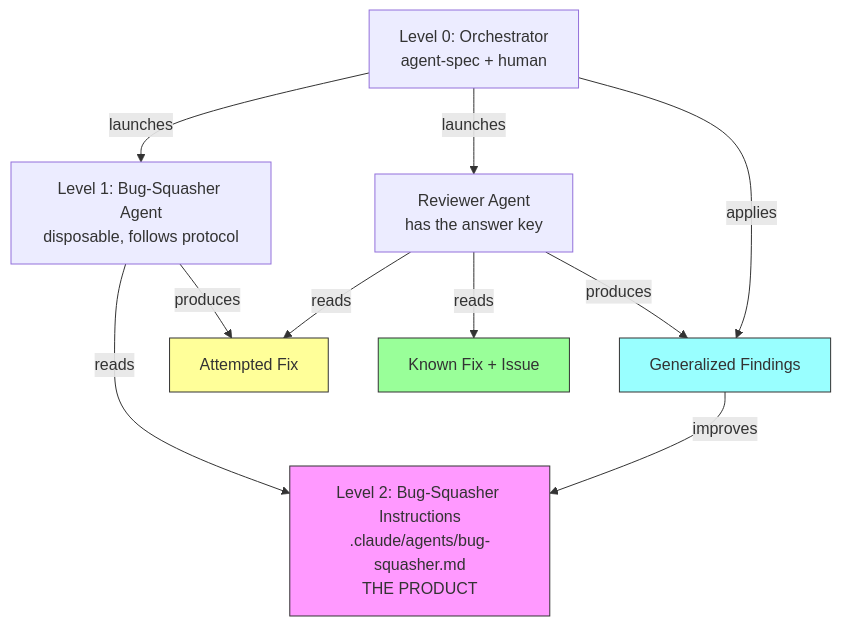
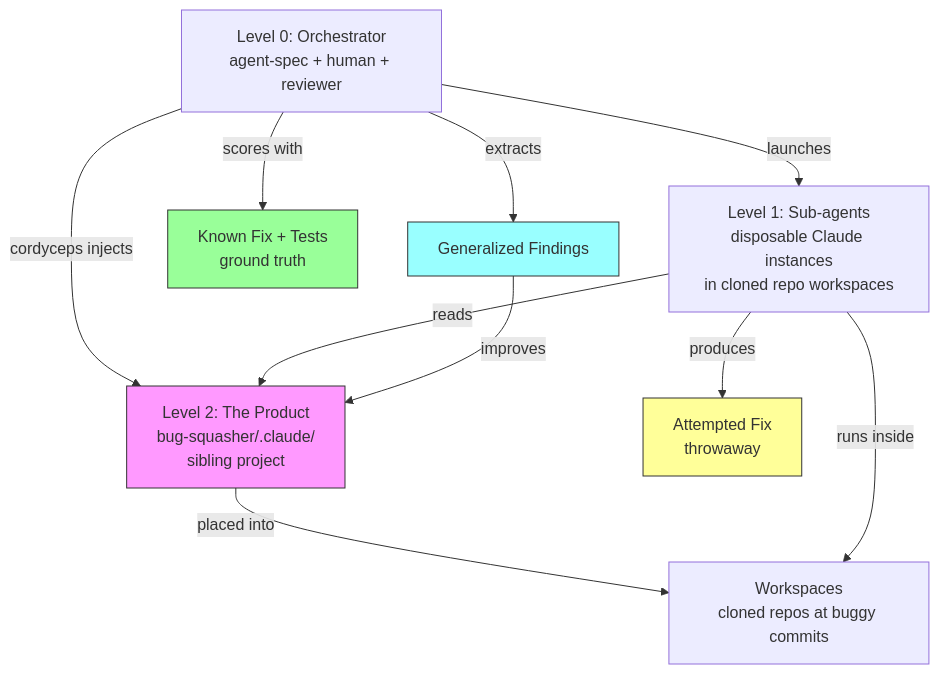
Before and after one commit to adam-s/agent-spec: the first of 5 diagrams in agent-spec/docs/bug-squashing-loop.md, drawn with Mermaid. The commit also changed other lines of this file and 5 other files, not shown here.

First line of the commit message:
Bug-squashing eval + bug-squasher sibling project

````diff
--- a/agent-spec/docs/bug-squashing-loop.md
+++ b/agent-spec/docs/bug-squashing-loop.md
@@ -11,22 +23,22 @@
 ```mermaid
 graph TD
-    L0[Level 0: Orchestrator<br/>agent-spec + human]
-    L1[Level 1: Bug-Squasher Agent<br/>disposable, follows protocol]
-    L2[Level 2: Bug-Squasher Instructions<br/>.claude/agents/bug-squasher.md<br/>THE PRODUCT]
-    REV[Reviewer Agent<br/>has the answer key]
+    L0[Level 0: Orchestrator<br/>agent-spec + human + reviewer]
+    L1[Level 1: Sub-agents<br/>disposable Claude instances<br/>in cloned repo workspaces]
+    L2[Level 2: The Product<br/>bug-squasher/.claude/<br/>sibling project]
+    WS[Workspaces<br/>cloned repos at buggy commits]
 
     L0 -->|launches| L1
-    L0 -->|launches| REV
+    L0 -->|cordyceps injects| L2
+    L2 -->|placed into| WS
+    L1 -->|runs inside| WS
     L1 -->|reads| L2
-    L1 -->|produces| FIX[Attempted Fix]
-    REV -->|reads| FIX
-    REV -->|reads| TRUTH[Known Fix + Issue]
-    REV -->|produces| FINDINGS[Generalized Findings]
-    L0 -->|applies| FINDINGS
+    L1 -->|produces| FIX[Attempted Fix<br/>throwaway]
+    L0 -->|scores with| TRUTH[Known Fix + Tests<br/>ground truth]
+    L0 -->|extracts| FINDINGS[Generalized Findings]
     FINDINGS -->|improves| L2
 
     style L2 fill:#f9f,stroke:#333
     style FIX fill:#ff9,stroke:#333
     style TRUTH fill:#9f9,stroke:#333
     style FINDINGS fill:#9ff,stroke:#333
 ```
````
